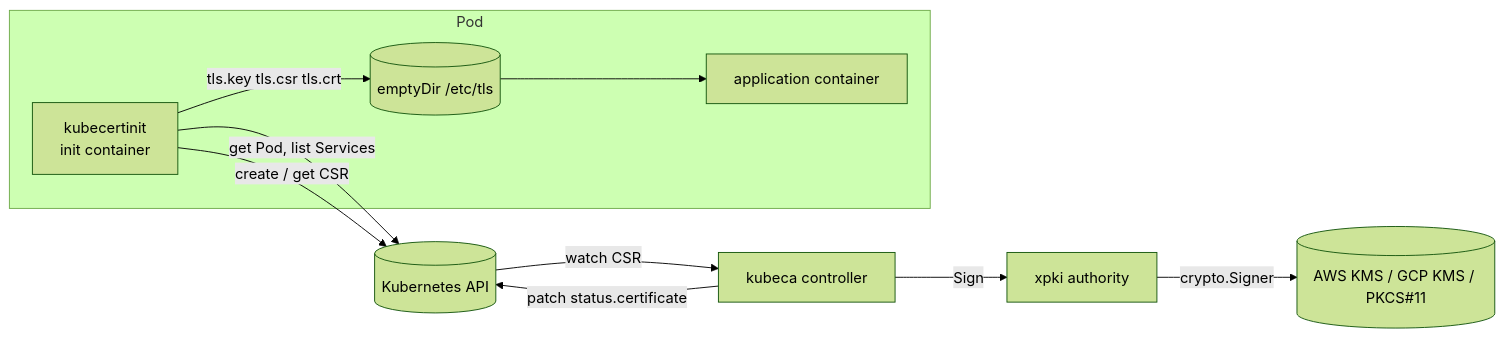
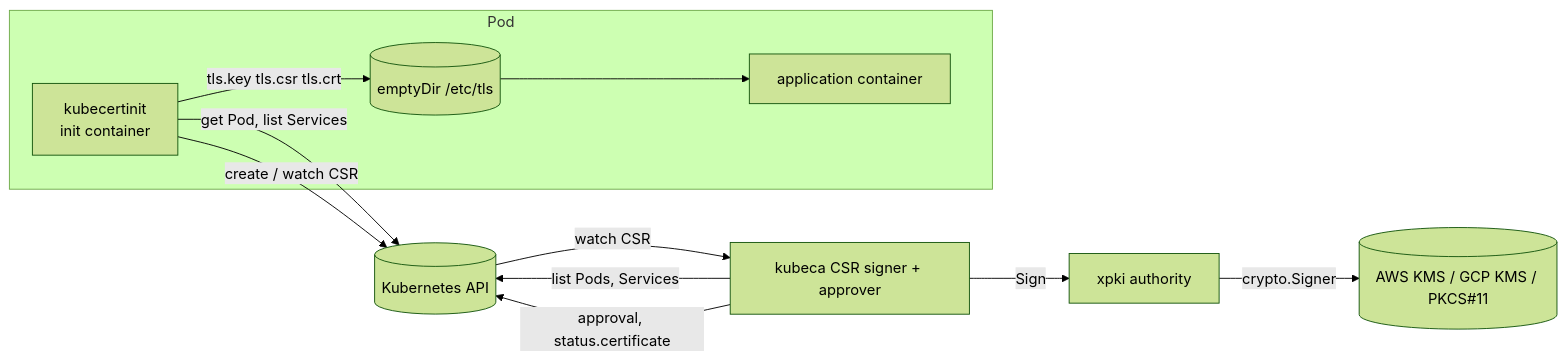
One commit to effective-security/kubeca changed the diagram in Documentation/design/initcontainer.md. Above: the diagram before and after it, drawn with Mermaid (forest theme). The commit also changed other lines of this file and 123 other files, not shown here.

````diff
--- a/Documentation/design/initcontainer.md
+++ b/Documentation/design/initcontainer.md
@@ -15,13 +18,14 @@
 ```mermaid
 flowchart LR
     subgraph Pod
         I[kubecertinit<br/>init container] -->|tls.key tls.csr tls.crt| V[(emptyDir /etc/tls)]
         V --> A[application container]
     end
     I -->|get Pod, list Services| API[(Kubernetes API)]
-    I -->|create / get CSR| API
-    API -->|watch CSR| C[kubeca controller]
+    I -->|create / watch CSR| API
+    API -->|watch CSR| C[kubeca CSR signer + approver]
+    C -->|list Pods, Services| API
     C -->|Sign| X[xpki authority]
     X -->|crypto.Signer| K[(AWS KMS / GCP KMS / PKCS#11)]
-    C -->|patch status.certificate| API
+    C -->|approval, status.certificate| API
 ```
````
